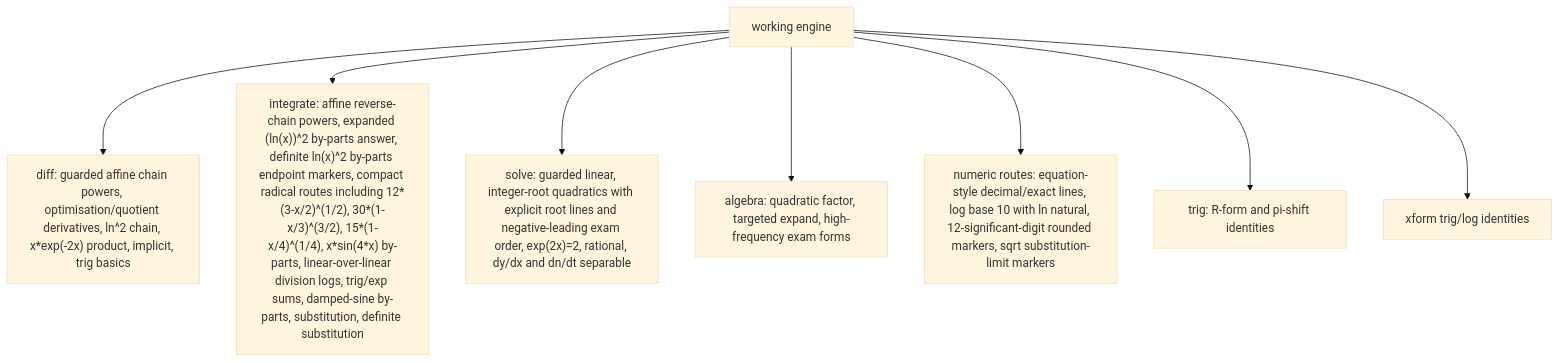
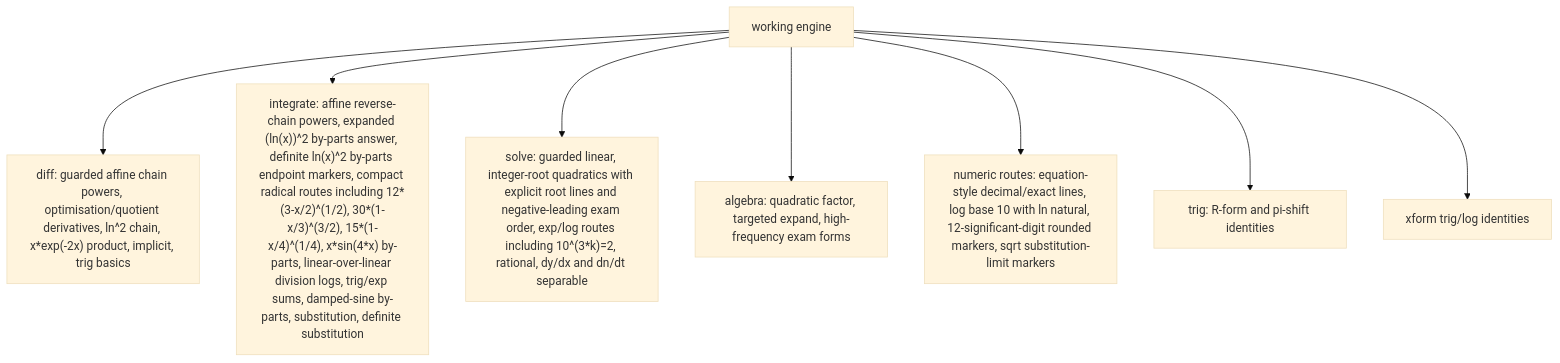
The third of 6 diagrams in docs/GRAPH.md (james8464/notes-addin-casio-fx-cg50), drawn with Mermaid (base theme) before and after one commit. The commit also changed other lines of this file and 3 other files, not shown here.

````diff
--- a/docs/GRAPH.md
+++ b/docs/GRAPH.md
@@ -36,10 +36,10 @@
 ```mermaid
 graph TD
   Work["working engine"] --> Diff["diff: guarded affine chain powers, optimisation/quotient derivatives, ln^2 chain, x*exp(-2x) product, implicit, trig basics"]
   Work --> Int["integrate: affine reverse-chain powers, expanded (ln(x))^2 by-parts answer, definite ln(x)^2 by-parts endpoint markers, compact radical routes including 12*(3-x/2)^(1/2), 30*(1-x/3)^(3/2), 15*(1-x/4)^(1/4), x*sin(4*x) by-parts, linear-over-linear division logs, trig/exp sums, damped-sine by-parts, substitution, definite substitution"]
-  Work --> Solve["solve: guarded linear, integer-root quadratics with explicit root lines and negative-leading exam order, exp(2x)=2, rational, dy/dx and dn/dt separable"]
+  Work --> Solve["solve: guarded linear, integer-root quadratics with explicit root lines and negative-leading exam order, exp/log routes including 10^(3*k)=2, rational, dy/dx and dn/dt separable"]
   Work --> Alg["algebra: quadratic factor, targeted expand, high-frequency exam forms"]
   Work --> Num["numeric routes: equation-style decimal/exact lines, log base 10 with ln natural, 12-significant-digit rounded markers, sqrt substitution-limit markers"]
   Work --> Trig["trig: R-form and pi-shift identities"]
   Work --> Xform["xform trig/log identities"]
 ```
````
